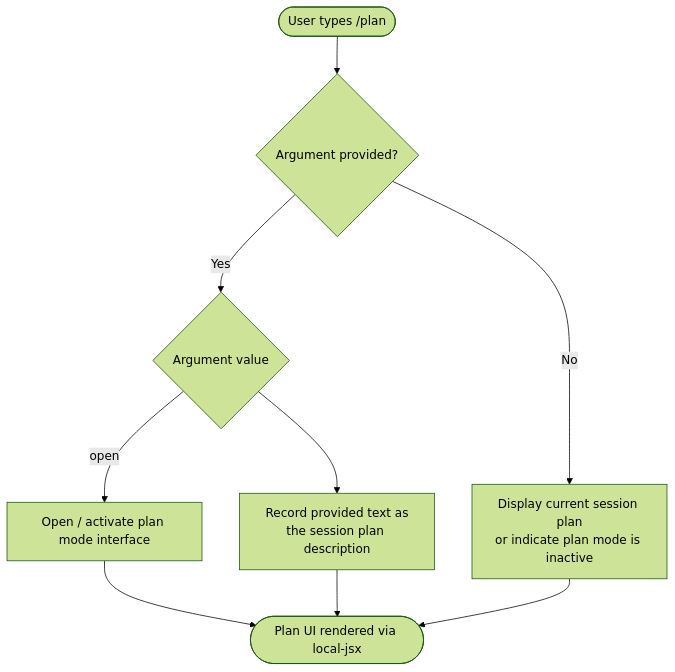
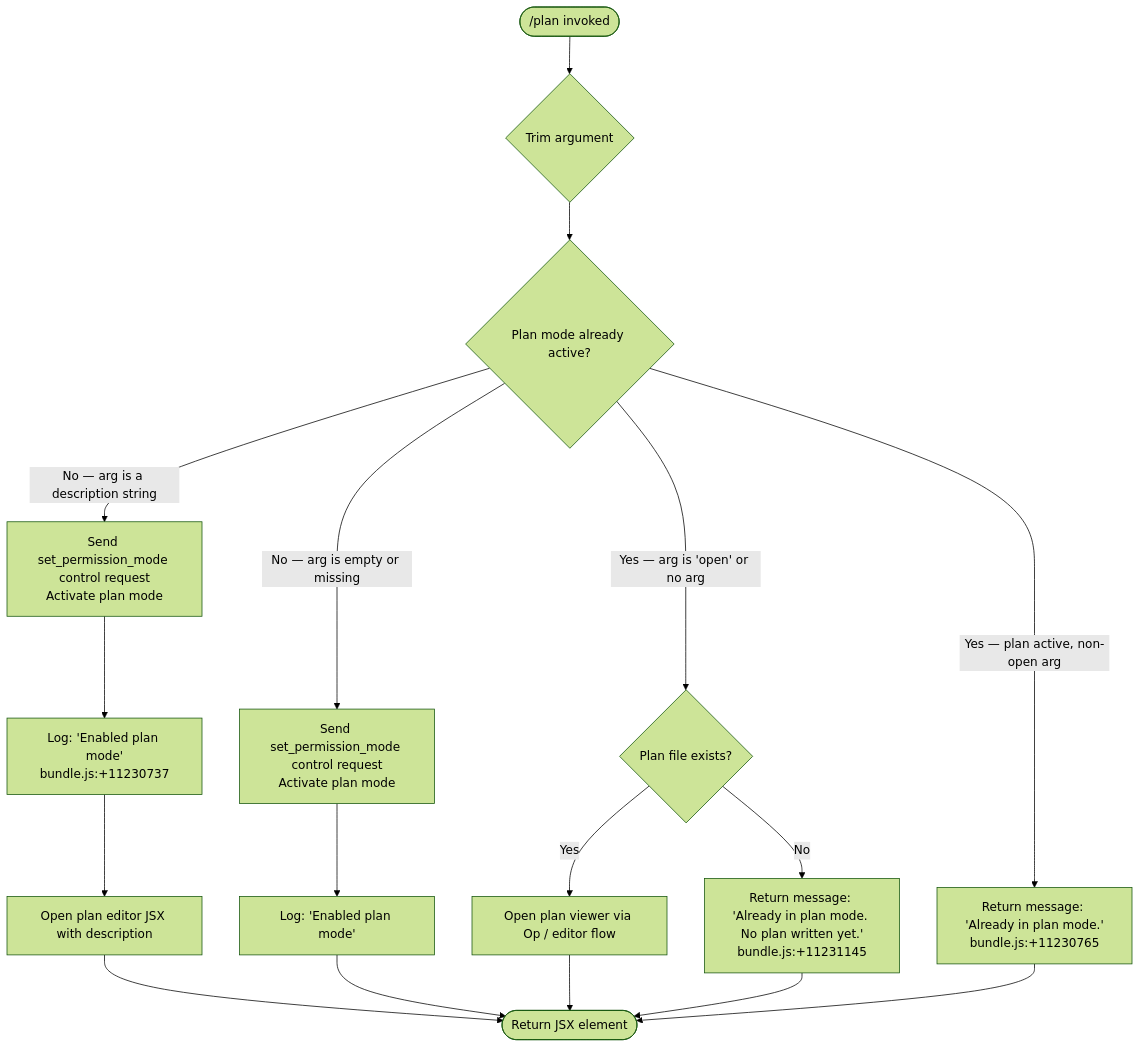
Before and after one commit to MyLittleLuckyDog/cc-gnothi: the diagram in versions/v2.1.139/plan.md, drawn with Mermaid (forest theme). The commit also changed other lines of this file and 97 other files, not shown here.

````diff
--- a/versions/v2.1.139/plan.md
+++ b/versions/v2.1.139/plan.md
@@ -46,11 +55,23 @@
 ```mermaid
 flowchart TD
-    A([User types /plan]) --> B{Argument provided?}
-    B -- No --> C[Display current session plan\nor indicate plan mode is inactive]
-    B -- Yes --> D{Argument value}
-    D -- "open" --> E[Open / activate plan mode interface]
-    D -- "<arbitrary description>" --> F[Record provided text as\nthe session plan description]
-    E --> G([Plan UI rendered via local-jsx])
-    F --> G
-    C --> G
+    A(["/plan invoked"]) --> B{Trim argument}
+    B --> C{Plan mode already active?}
+
+    C -- "No — arg is a description string" --> D[Send set_permission_mode control request\nActivate plan mode]
+    D --> E[Log: 'Enabled plan mode'\nbundle.js:+11230737]
+    E --> F[Open plan editor JSX with description]
+    F --> Z([Return JSX element])
+
+    C -- "No — arg is empty or missing" --> G[Send set_permission_mode control request\nActivate plan mode]
+    G --> H[Log: 'Enabled plan mode']
+    H --> Z
+
+    C -- "Yes — arg is 'open' or no arg" --> I{Plan file exists?}
+    I -- "Yes" --> J[Open plan viewer via Op / editor flow]
+    J --> Z
+    I -- "No" --> K[Return message: 'Already in plan mode. No plan written yet.'\nbundle.js:+11231145]
+    K --> Z
+
+    C -- "Yes — plan active, non-open arg" --> L[Return message: 'Already in plan mode.'\nbundle.js:+11230765]
+    L --> Z
 ```
````
